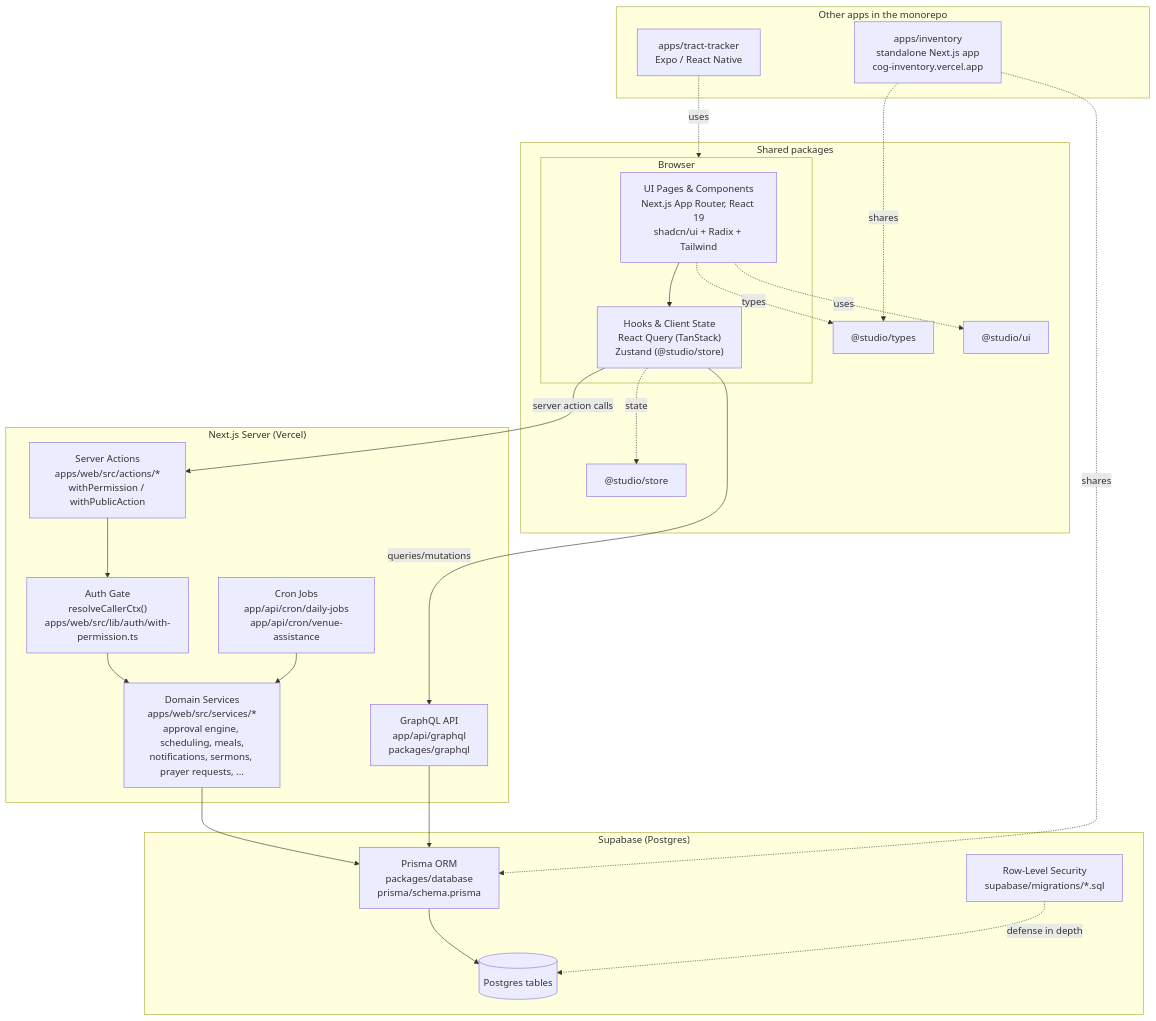
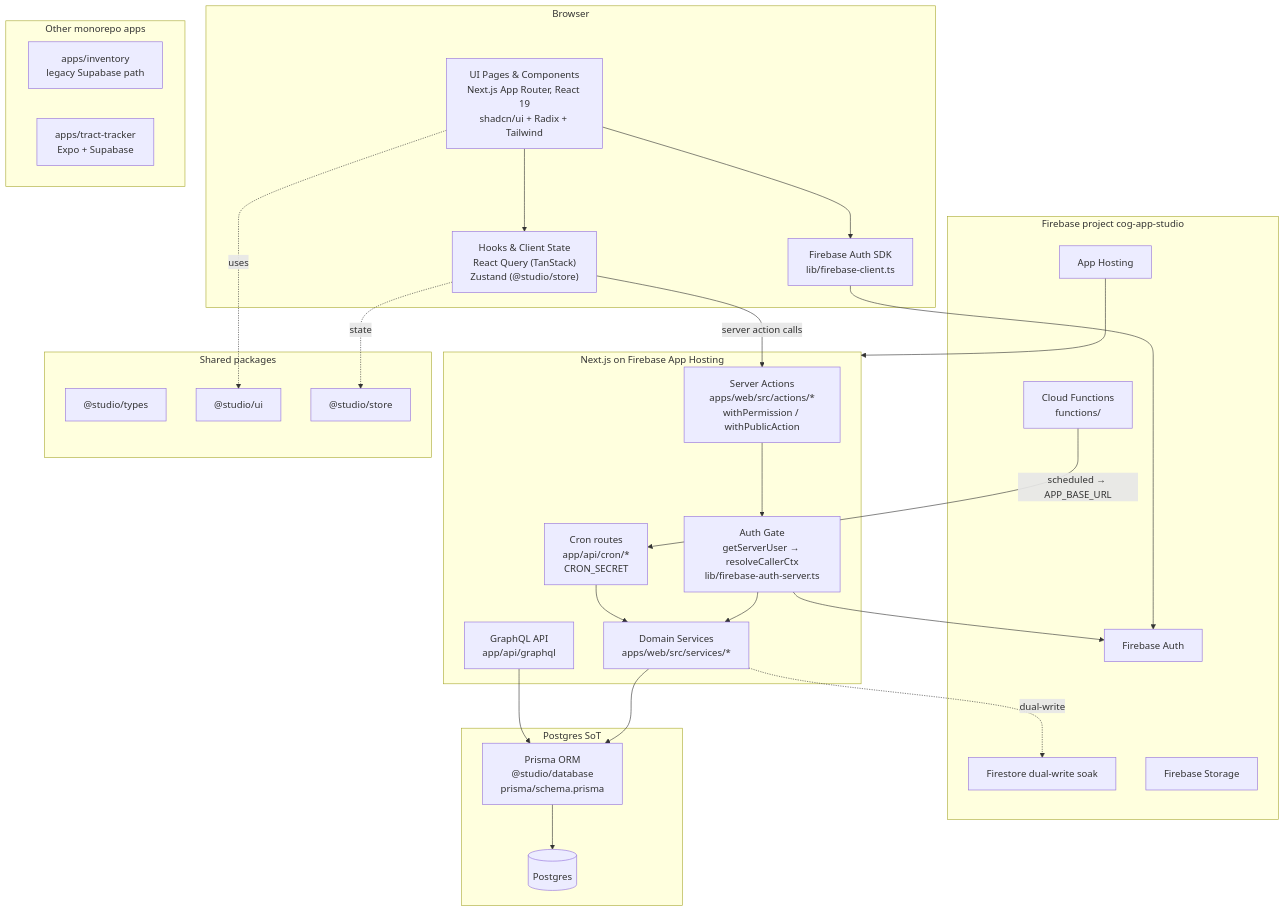
One commit to njcarlo/studio changed the first of 2 diagrams in docs/architecture.md. Above: the diagram before and after it, drawn with Mermaid. The commit also changed other lines of this file and 20 other files, not shown here.

First line of the commit message:
docs: align architecture, skills, and plans with Firebase stack

````diff
--- a/docs/architecture.md
+++ b/docs/architecture.md
@@ -20,51 +16,57 @@
 ```mermaid
 graph TB
     subgraph Client["Browser"]
         UI["UI Pages & Components<br/>Next.js App Router, React 19<br/>shadcn/ui + Radix + Tailwind"]
         Hooks["Hooks & Client State<br/>React Query (TanStack)<br/>Zustand (@studio/store)"]
+        FAuth["Firebase Auth SDK<br/>lib/firebase-client.ts"]
     end
 
-    subgraph Server["Next.js Server (Vercel)"]
+    subgraph Server["Next.js on Firebase App Hosting"]
         Actions["Server Actions<br/>apps/web/src/actions/*<br/>withPermission / withPublicAction"]
-        AuthGate["Auth Gate<br/>resolveCallerCtx()<br/>apps/web/src/lib/auth/with-permission.ts"]
-        Services["Domain Services<br/>apps/web/src/services/*<br/>approval engine, scheduling, meals,<br/>notifications, sermons, prayer requests, ..."]
-        Cron["Cron Jobs<br/>app/api/cron/daily-jobs<br/>app/api/cron/venue-assistance"]
-        GraphQL["GraphQL API<br/>app/api/graphql<br/>packages/graphql"]
+        AuthGate["Auth Gate<br/>getServerUser → resolveCallerCtx<br/>lib/firebase-auth-server.ts"]
+        Services["Domain Services<br/>apps/web/src/services/*"]
+        Cron["Cron routes<br/>app/api/cron/*<br/>CRON_SECRET"]
+        GraphQL["GraphQL API<br/>app/api/graphql"]
     end
 
-    subgraph Data["Supabase (Postgres)"]
-        Prisma["Prisma ORM<br/>packages/database<br/>prisma/schema.prisma"]
-        RLS["Row-Level Security<br/>supabase/migrations/*.sql"]
-        DB[("Postgres tables")]
+    subgraph Firebase["Firebase project cog-app-studio"]
+        AuthSvc["Firebase Auth"]
+        FS["Firestore dual-write soak"]
+        Storage["Firebase Storage"]
+        CF["Cloud Functions<br/>functions/"]
+        AH["App Hosting"]
+    end
+
+    subgraph Data["Postgres SoT"]
+        Prisma["Prisma ORM<br/>@studio/database<br/>prisma/schema.prisma"]
+        DB[("Postgres")]
     end
 
     subgraph Shared["Shared packages"]
         Types["@studio/types"]
         UIComp["@studio/ui"]
         Store["@studio/store"]
-        Client["@studio/client (Apollo)"]
     end
 
-    subgraph OtherApps["Other apps in the monorepo"]
-        Inventory["apps/inventory<br/>standalone Next.js app<br/>cog-inventory.vercel.app"]
-        Mobile["apps/tract-tracker<br/>Expo / React Native"]
+    subgraph OtherApps["Other monorepo apps"]
+        Inventory["apps/inventory<br/>legacy Supabase path"]
+        Mobile["apps/tract-tracker<br/>Expo + Supabase"]
     end
 
     UI --> Hooks
+    UI --> FAuth
+    FAuth --> AuthSvc
     Hooks -->|"server action calls"| Actions
-    Hooks -->|"queries/mutations"| GraphQL
     Actions --> AuthGate
+    AuthGate --> AuthSvc
     AuthGate --> Services
     Services --> Prisma
     Prisma --> DB
-    RLS -.->|"defense in depth"| DB
+    Services -.->|"dual-write"| FS
     Cron --> Services
+    CF -->|"scheduled → APP_BASE_URL"| Cron
+    AH --> Server
     GraphQL --> Prisma
-
     UI -.uses.-> UIComp
-    UI -.types.-> Types
     Hooks -.state.-> Store
-    Inventory -.shares.-> Types
-    Inventory -.shares.-> Prisma
-    Mobile -.uses.-> Client
 ```
````
